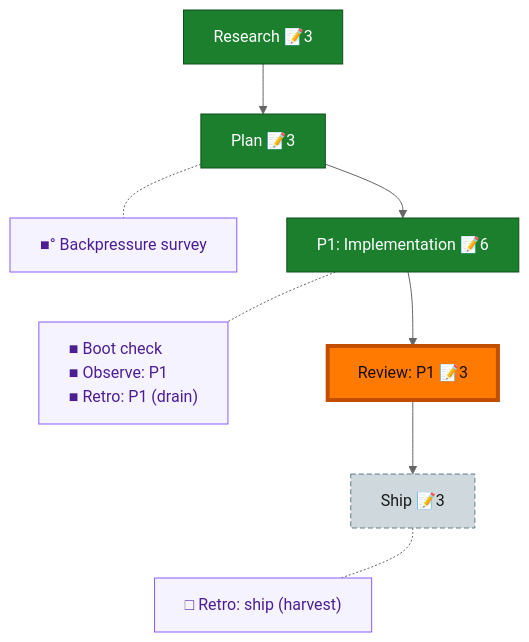
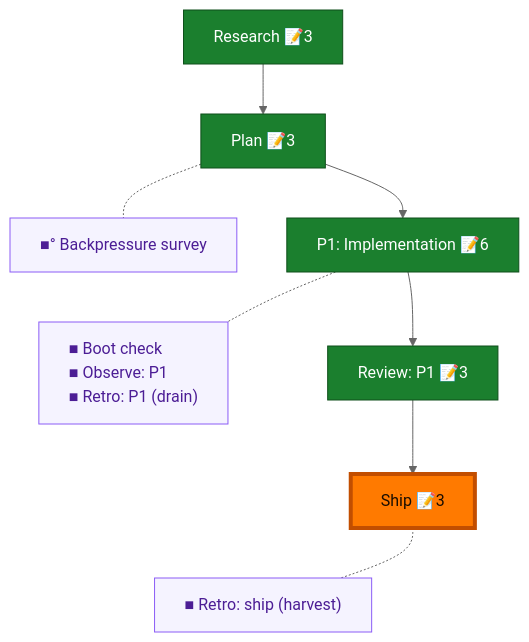
Before and after one commit to vaughanknight/pij: the diagram in docs/plans/083-a2a-wire-discipline/the-flow.md, drawn with Mermaid (neutral theme). The commit also changed other lines of this file and 1 other file, not shown here.

Commit message:
chore(plan-083): commit the-flow terminal state left in the canonical checkout (#105)
Written by the-flow engine (its sole writer — not hand-edited here), moving
plan 083 nav to ship/complete on 2026-08-04. Plan 083's PRs #78 and #83 are
already merged, so this is the trailing terminal state, not work in progress.

It sat uncommitted in the canonical checkout and blocked 'pij stream create'
with E-NOREG for every new stream — a live instance of #94 (the canonical
checkout is an unowned global mutable surface: whichever state it is left in
is what the next seat inherits, with no owner and no notification).

````diff
--- a/docs/plans/083-a2a-wire-discipline/the-flow.md
+++ b/docs/plans/083-a2a-wire-discipline/the-flow.md
@@ -8,29 +8,27 @@
 ```mermaid
 flowchart TD
     research["Research 📝3"]:::done
     plan["Plan 📝3"]:::done
     phase_1["P1: Implementation 📝6"]:::done
-    review_1["Review: P1 📝3"]:::known
-    ship["Ship 📝3"]:::assumed
+    review_1["Review: P1 📝3"]:::done
+    ship["Ship 📝3"]:::done
 
     research --> plan --> phase_1 --> review_1 --> ship
 
     planC["■° Backpressure survey"]:::chore
     phase_1C["■ Boot check<br/>■ Observe: P1<br/>■ Retro: P1 (drain)"]:::chore
-    shipC["□ Retro: ship (harvest)"]:::chore
+    shipC["■ Retro: ship (harvest)"]:::chore
 
     %% invisible chain holds the gutter boxes in their own column
     planC ~~~ phase_1C ~~~ shipC
 
     %% dotted links pull each gutter box beside its node
     plan -.- planC
     phase_1 -.- phase_1C
     ship -.- shipC
 
     classDef done fill:#1B7F2E,stroke:#0F4F1B,color:#fff;
-    classDef known fill:#1E73E8,stroke:#0D3F86,color:#fff;
-    classDef assumed fill:#CFD8DC,stroke:#607D8B,color:#1a1a1a,stroke-dasharray:5 3;
     classDef chore fill:#f5f3ff,stroke:#8b5cf6,color:#4c1d95,text-align:left;
     classDef current fill:#FF7A00,stroke:#C24E00,color:#1a0e00,stroke-width:4px;
-    class review_1 current;
+    class ship current;
 ```
````
